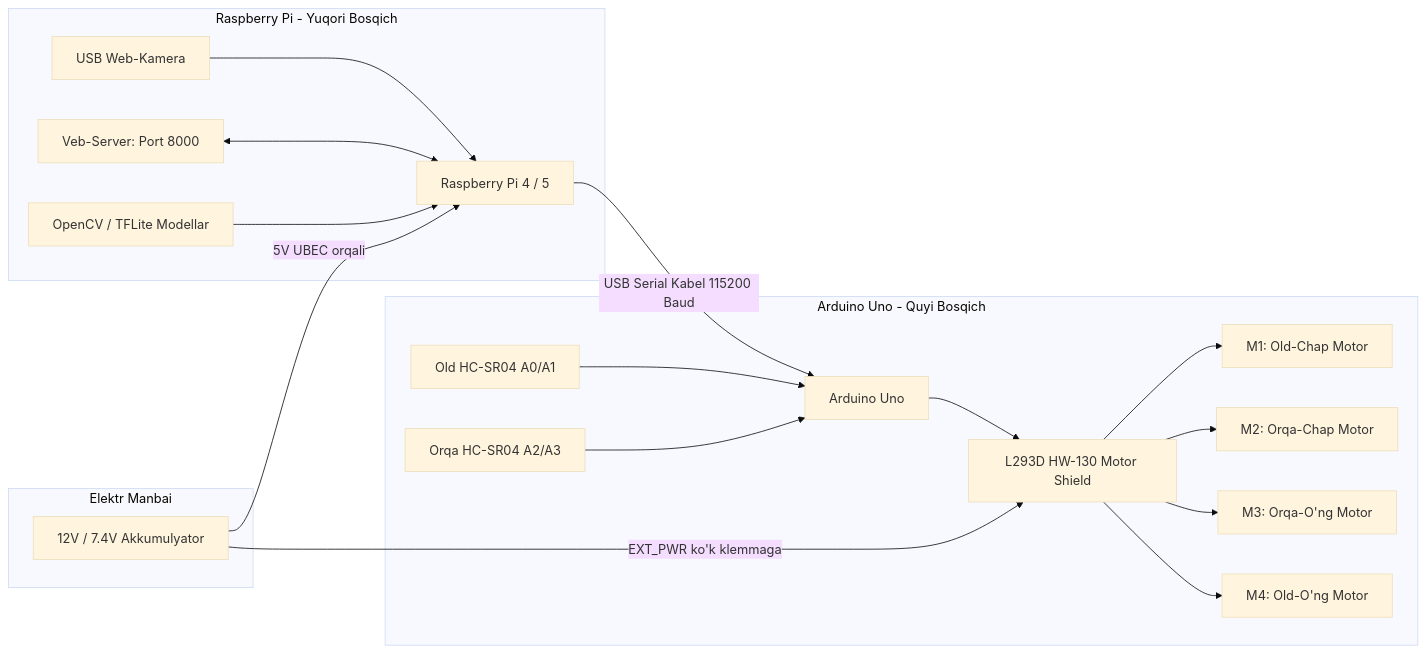
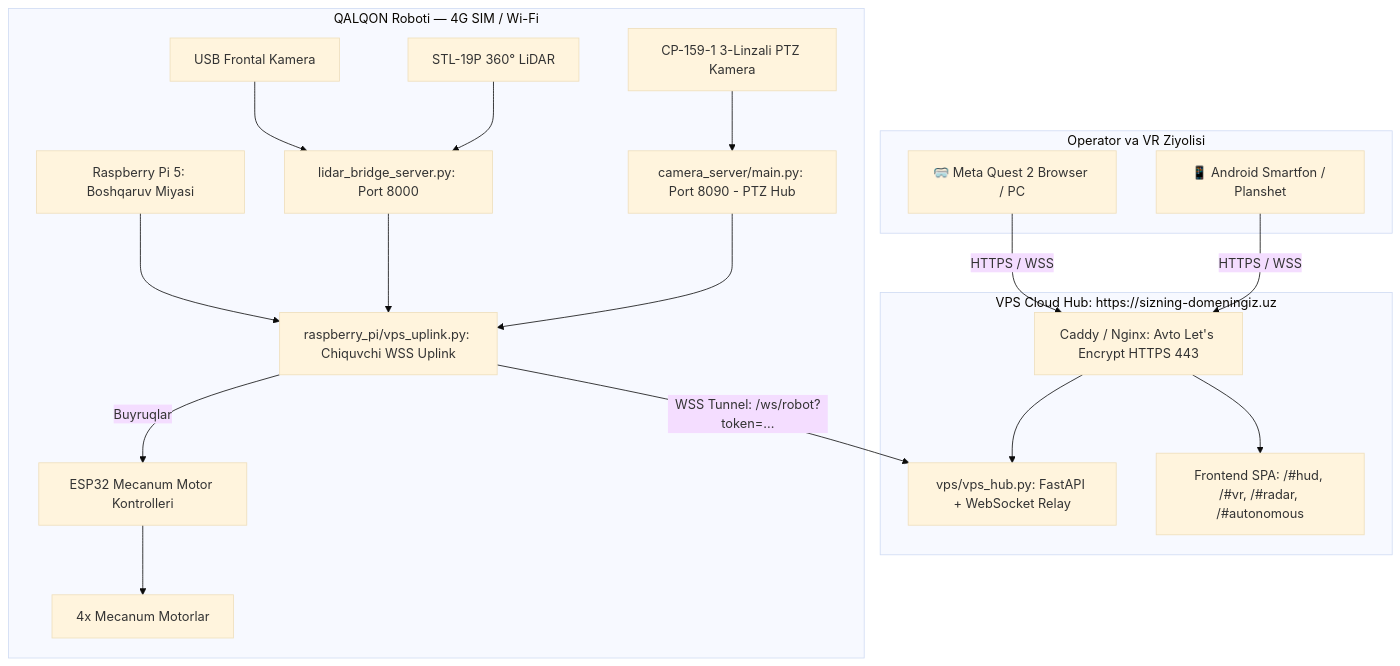
One commit to Asil2004/My-autnomius-car changed the diagram in README.md. Above: the diagram before and after it, drawn with Mermaid (base theme). The commit also changed other lines of this file, not shown here.

Commit message:
docs: update comprehensive README with Meta Quest 2 VR, VPS deploy, and 4G uplink guide

````diff
--- a/README.md
+++ b/README.md
@@ -80,24 +58,43 @@
 ```mermaid
-graph LR
-    subgraph MIYA [Raspberry Pi - Yuqori Bosqich]
-        CAM[USB Web-Kamera] --> RPI[Raspberry Pi 4 / 5]
-        WEB[Veb-Server: Port 8000] <--> RPI
-        AI[OpenCV / TFLite Modellar] --> RPI
+graph TD
+    subgraph OPERATOR_ZONASI [Operator va VR Ziyolisi]
+        QUEST[🥽 Meta Quest 2 Browser / PC]
+        MOBILE[📱 Android Smartfon / Planshet]
     end
 
-    subgraph REFLEKS [Arduino Uno - Quyi Bosqich]
-        RPI -->|USB Serial Kabel 115200 Baud| ARDUINO[Arduino Uno]
-        US1[Old HC-SR04 A0/A1] --> ARDUINO
-        US2[Orqa HC-SR04 A2/A3] --> ARDUINO
-        ARDUINO --> SHIELD[L293D HW-130 Motor Shield]
-        SHIELD --> M1[M1: Old-Chap Motor]
-        SHIELD --> M2[M2: Orqa-Chap Motor]
-        SHIELD --> M3[M3: Orqa-O'ng Motor]
-        SHIELD --> M4[M4: Old-O'ng Motor]
+    subgraph BULUT [VPS Cloud Hub: https://sizning-domeningiz.uz]
+        CADDY[Caddy / Nginx: Avto Let's Encrypt HTTPS 443]
+        HUB[vps/vps_hub.py: FastAPI + WebSocket Relay]
+        STATIC[Frontend SPA: /#hud, /#vr, /#radar, /#autonomous]
+        CADDY --> HUB
+        CADDY --> STATIC
     end
 
-    subgraph QUVVAT [Elektr Manbai]
-        BATT[12V / 7.4V Akkumulyator] -->|EXT_PWR ko'k klemmaga| SHIELD
-        BATT -->|5V UBEC orqali| RPI
+    subgraph ROBOT [QALQON Roboti — 4G SIM / Wi-Fi]
+        UPLINK[raspberry_pi/vps_uplink.py: Chiquvchi WSS Uplink]
+        PI5[Raspberry Pi 5: Boshqaruv Miyasi]
+        LIDAR_SRV[lidar_bridge_server.py: Port 8000]
+        CAM_SRV[camera_server/main.py: Port 8090 - PTZ Hub]
+        
+        USB_CAM[USB Frontal Kamera]
+        PTZ_CAM[CP-159-1 3-Linzali PTZ Kamera]
+        LIDAR[STL-19P 360° LiDAR]
+        ESP32[ESP32 Mecanum Motor Kontrolleri]
+        MOTORS[4x Mecanum Motorlar]
     end
+
+    QUEST -->|HTTPS / WSS| CADDY
+    MOBILE -->|HTTPS / WSS| CADDY
+    
+    UPLINK -->|WSS Tunnel: /ws/robot?token=...| HUB
+    PI5 --> UPLINK
+    
+    USB_CAM --> LIDAR_SRV
+    LIDAR --> LIDAR_SRV
+    PTZ_CAM --> CAM_SRV
+    
+    LIDAR_SRV --> UPLINK
+    CAM_SRV --> UPLINK
+    UPLINK -->|Buyruqlar| ESP32
+    ESP32 --> MOTORS
 ```
````
